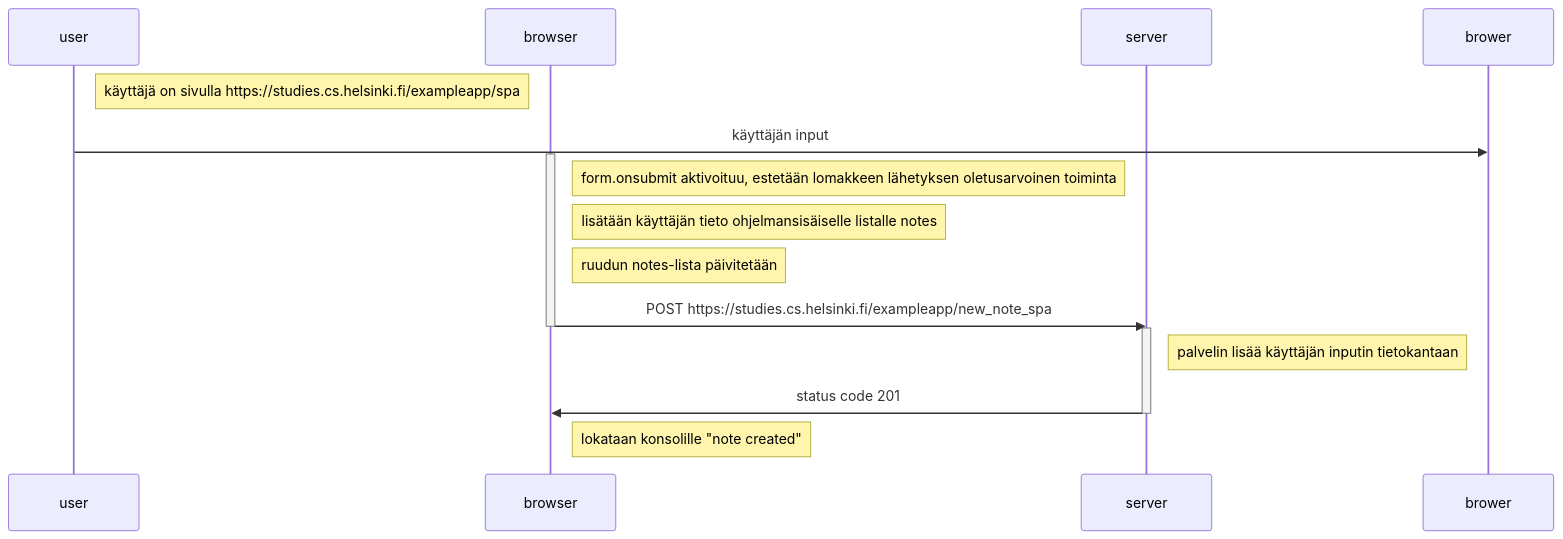
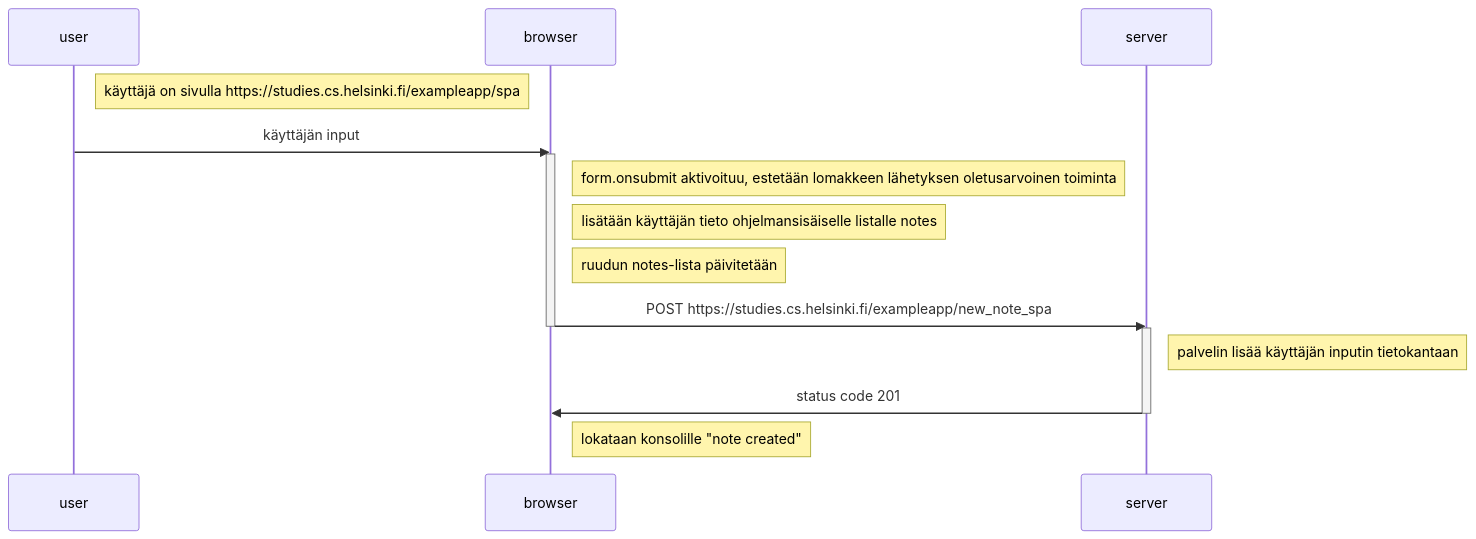
The diagram in mermaid-test9.md (moocjsi/mooc-harj03), drawn with Mermaid before and after one commit.

````diff
--- a/mermaid-test9.md
+++ b/mermaid-test9.md
@@ -2,25 +2,25 @@
 ```mermaid
 sequenceDiagram
     participant user
     participant browser
     participant server
 
     Note right of user: käyttäjä on sivulla https://studies.cs.helsinki.fi/exampleapp/spa
-    user->>brower: käyttäjän input
+    user->>browser: käyttäjän input
 
     activate browser
     Note right of browser: form.onsubmit aktivoituu, estetään lomakkeen lähetyksen oletusarvoinen toiminta
     Note right of browser: lisätään käyttäjän tieto ohjelmansisäiselle listalle notes
     Note right of browser: ruudun notes-lista päivitetään
     browser->>server: POST https://studies.cs.helsinki.fi/exampleapp/new_note_spa
     deactivate browser
 
     activate server
     Note right of server: palvelin lisää käyttäjän inputin tietokantaan
     server->>browser: status code 201
     deactivate server
 
     Note right of browser: lokataan konsolille "note created"
 
 
 ```
````
